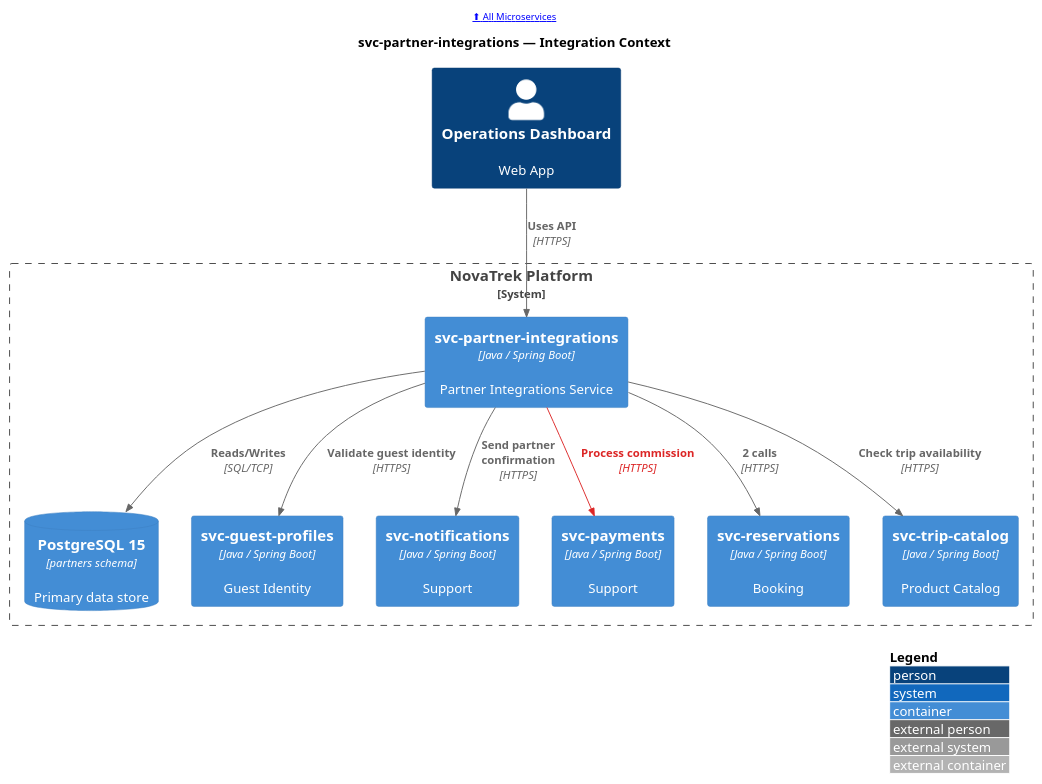
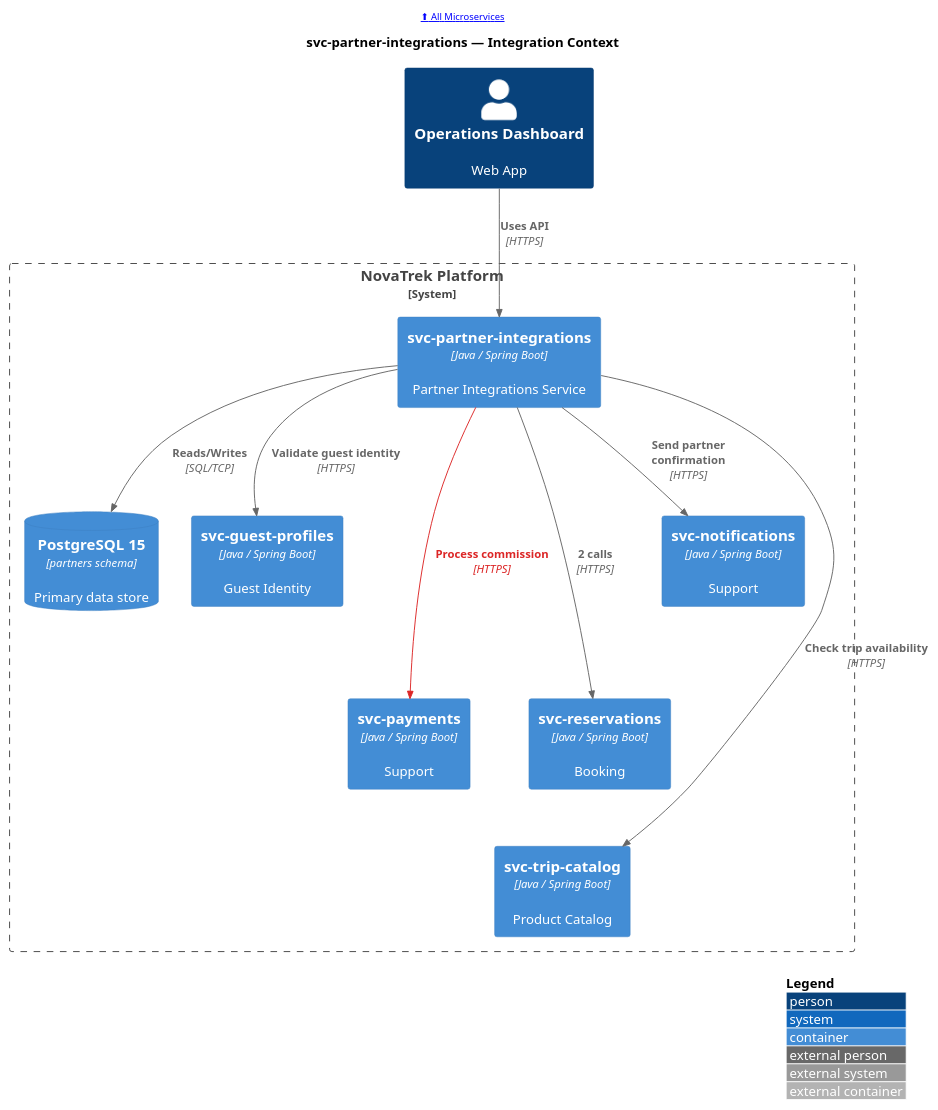
Before and after one commit to christopherblaisdell/continuous-architecture-platform-poc: the diagram in portal/docs/microservices/puml/svc-partner-integrations--c4-context.puml, drawn with PlantUML. The commit also changed 22 other files, not shown here.

First line of the commit message:
fix: restructure event-flow and C4 context diagram layouts for better aspect ratios

```diff
--- a/portal/docs/microservices/puml/svc-partner-integrations--c4-context.puml
+++ b/portal/docs/microservices/puml/svc-partner-integrations--c4-context.puml
@@ -1,34 +1,39 @@
 @startuml
 !include <c4/C4_Container>
 
 LAYOUT_WITH_LEGEND()
 LAYOUT_TOP_DOWN()
 
 AddRelTag("pci", $lineColor="#DC2626", $textColor="#DC2626", $legendText="PCI Data Flow")
 
 header [[/microservices/ ⬆ All Microservices]]
 
 title svc-partner-integrations — Integration Context
 
 Person(web_ops_dashboard, "Operations Dashboard", "Web App", $link="/applications/web-ops-dashboard/#service-dependencies")
 
 System_Boundary(boundary, "NovaTrek Platform") {
     Container(svc_partner_integrations, "svc-partner-integrations", "Java / Spring Boot", "Partner Integrations Service", $link="/microservices/svc-partner-integrations/")
     ContainerDb(svc_partner_integrations_db, "PostgreSQL 15", "partners schema", "Primary data store", $link="/microservices/svc-partner-integrations/#data-store")
     Container(svc_guest_profiles, "svc-guest-profiles", "Java / Spring Boot", "Guest Identity", $link="/microservices/svc-guest-profiles/#integration-context")
     Container(svc_notifications, "svc-notifications", "Java / Spring Boot", "Support", $link="/microservices/svc-notifications/#integration-context")
     Container(svc_payments, "svc-payments", "Java / Spring Boot", "Support", $link="/microservices/svc-payments/#integration-context")
     Container(svc_reservations, "svc-reservations", "Java / Spring Boot", "Booking", $link="/microservices/svc-reservations/#integration-context")
     Container(svc_trip_catalog, "svc-trip-catalog", "Java / Spring Boot", "Product Catalog", $link="/microservices/svc-trip-catalog/#integration-context")
 }
 
 
 Rel(web_ops_dashboard, svc_partner_integrations, "Uses API", "HTTPS")
 Rel(svc_partner_integrations, svc_partner_integrations_db, "Reads/Writes", "SQL/TCP")
 Rel(svc_partner_integrations, svc_guest_profiles, "Validate guest identity", "HTTPS")
 Rel(svc_partner_integrations, svc_notifications, "Send partner confirmation", "HTTPS")
 Rel(svc_partner_integrations, svc_payments, "Process commission", "HTTPS", $tags="pci")
 Rel(svc_partner_integrations, svc_reservations, "2 calls", "HTTPS")
 Rel(svc_partner_integrations, svc_trip_catalog, "Check trip availability", "HTTPS")
 
+' Layout hints: stack peers in columns
+Lay_D(svc_guest_profiles, svc_payments)
+Lay_D(svc_notifications, svc_reservations)
+Lay_D(svc_payments, svc_trip_catalog)
+
 @enduml
```
